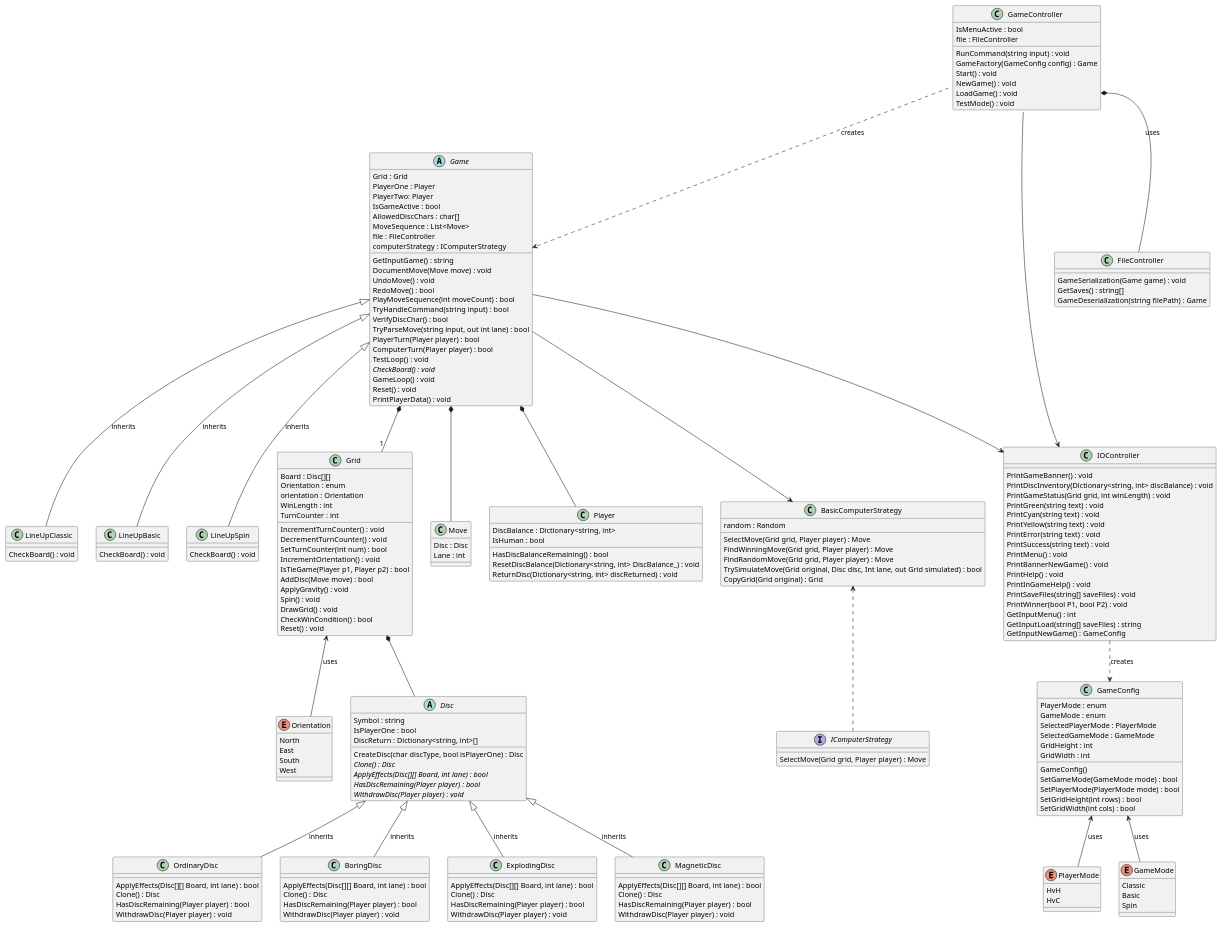
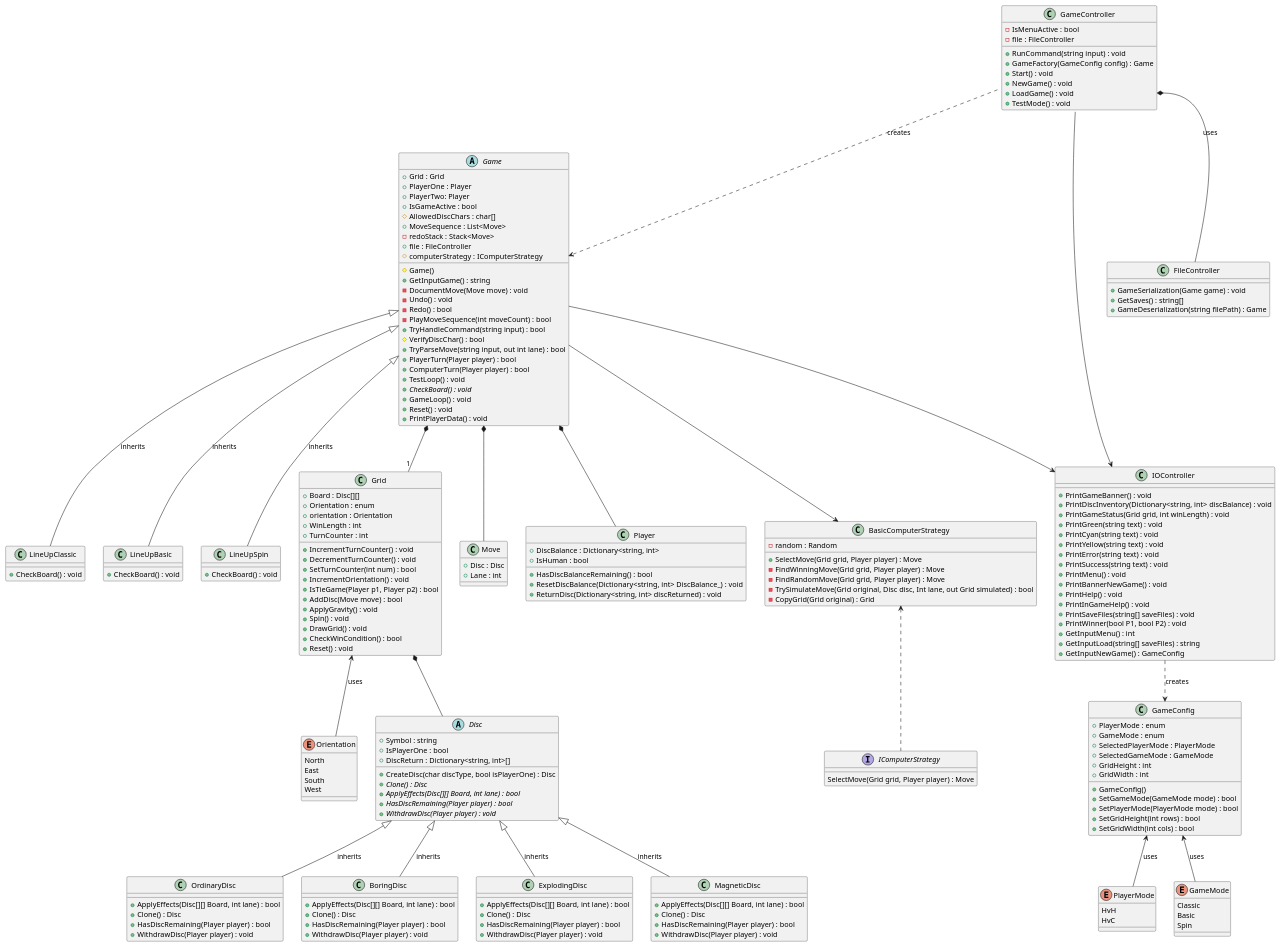
The diagram in diagrams/diagram.puml (TacNap/IFN584_A2), drawn with PlantUML before and after one commit.

Commit message:
Change visibility of class members in diagram

```diff
--- a/diagrams/diagram.puml
+++ b/diagrams/diagram.puml
@@ -6,74 +6,76 @@
 
 ''' GameController '''
 class GameController {
-    IsMenuActive : bool
-    file : FileController
-    RunCommand(string input) : void
-    GameFactory(GameConfig config) : Game
-    Start() : void
-    NewGame() : void
-    LoadGame() : void
-    TestMode() : void
+    - IsMenuActive : bool
+    - file : FileController
+    + RunCommand(string input) : void
+    + GameFactory(GameConfig config) : Game
+    + Start() : void
+    + NewGame() : void
+    + LoadGame() : void
+    + TestMode() : void
 }
 
 ''' Game '''
 abstract class Game {
-    Grid : Grid
-    PlayerOne : Player
-    PlayerTwo: Player
-    IsGameActive : bool
-    AllowedDiscChars : char[]
-    MoveSequence : List<Move>
-    file : FileController
-    computerStrategy : IComputerStrategy
-    GetInputGame() : string
-    DocumentMove(Move move) : void
-    UndoMove() : void
-    RedoMove() : bool
-    PlayMoveSequence(int moveCount) : bool
-    TryHandleCommand(string input) : bool
-    VerifyDiscChar() : bool
-    TryParseMove(string input, out int lane) : bool
-    PlayerTurn(Player player) : bool
-    ComputerTurn(Player player) : bool
-    TestLoop() : void    
-    {abstract} CheckBoard() : void
-    GameLoop() : void
-    Reset() : void
-    PrintPlayerData() : void
+    + Grid : Grid
+    + PlayerOne : Player
+    + PlayerTwo: Player
+    + IsGameActive : bool
+    # AllowedDiscChars : char[]
+    + MoveSequence : List<Move>
+    - redoStack : Stack<Move>
+    + file : FileController
+    # computerStrategy : IComputerStrategy
+    # Game()
+    + GetInputGame() : string
+    - DocumentMove(Move move) : void
+    - Undo() : void
+    - Redo() : bool
+    - PlayMoveSequence(int moveCount) : bool
+    + TryHandleCommand(string input) : bool
+    # VerifyDiscChar() : bool
+    + TryParseMove(string input, out int lane) : bool
+    + PlayerTurn(Player player) : bool
+    + ComputerTurn(Player player) : bool
+    + TestLoop() : void    
+    + {abstract} CheckBoard() : void
+    + GameLoop() : void
+    + Reset() : void
+    + PrintPlayerData() : void
 }
 
 ' Game Subclasses
 class LineUpClassic {
-    CheckBoard() : void
+    + CheckBoard() : void
 }
 
 class LineUpBasic {
-    CheckBoard() : void
+    + CheckBoard() : void
 }
 
 class LineUpSpin {
-    CheckBoard() : void
+    + CheckBoard() : void
 }
 
 ''' Grid '''
 class Grid {
-    Board : Disc[][]
-    Orientation : enum
-    orientation : Orientation
-    WinLength : int
-    TurnCounter : int
-    IncrementTurnCounter() : void
-    DecrementTurnCounter() : void
-    SetTurnCounter(int num) : bool
-    IncrementOrientation() : void
-    IsTieGame(Player p1, Player p2) : bool
-    AddDisc(Move move) : bool
-    ApplyGravity() : void
-    Spin() : void
-    DrawGrid() : void
-    CheckWinCondition() : bool
-    Reset() : void
+    + Board : Disc[][]
+    + Orientation : enum
+    + orientation : Orientation
+    + WinLength : int
+    + TurnCounter : int
+    + IncrementTurnCounter() : void
+    + DecrementTurnCounter() : void
+    + SetTurnCounter(int num) : bool
+    + IncrementOrientation() : void
+    + IsTieGame(Player p1, Player p2) : bool
+    + AddDisc(Move move) : bool
+    + ApplyGravity() : void
+    + Spin() : void
+    + DrawGrid() : void
+    + CheckWinCondition() : bool
+    + Reset() : void
 }
 
 enum Orientation {
@@ -85,56 +87,56 @@
 
 '''Disc'''
 abstract class Disc {
-    Symbol : string
-    IsPlayerOne : bool
-    DiscReturn : Dictionary<string, int>[]
-    CreateDisc(char discType, bool isPlayerOne) : Disc
-    {abstract} Clone() : Disc
-    {abstract} ApplyEffects(Disc[][] Board, int lane) : bool
-    {abstract} HasDiscRemaining(Player player) : bool
-    {abstract} WithdrawDisc(Player player) : void
+    + Symbol : string
+    + IsPlayerOne : bool
+    + DiscReturn : Dictionary<string, int>[]
+    + CreateDisc(char discType, bool isPlayerOne) : Disc
+    + {abstract} Clone() : Disc
+    + {abstract} ApplyEffects(Disc[][] Board, int lane) : bool
+    + {abstract} HasDiscRemaining(Player player) : bool
+    + {abstract} WithdrawDisc(Player player) : void
 }
 
 class OrdinaryDisc {
-    ApplyEffects(Disc[][] Board, int lane) : bool
-    Clone() : Disc
-    HasDiscRemaining(Player player) : bool
-    WithdrawDisc(Player player) : void
+    + ApplyEffects(Disc[][] Board, int lane) : bool
+    + Clone() : Disc
+    + HasDiscRemaining(Player player) : bool
+    + WithdrawDisc(Player player) : void
 }
 
 class BoringDisc {
-    ApplyEffects(Disc[][] Board, int lane) : bool
-    Clone() : Disc
-    HasDiscRemaining(Player player) : bool
-    WithdrawDisc(Player player) : void
+    + ApplyEffects(Disc[][] Board, int lane) : bool
+    + Clone() : Disc
+    + HasDiscRemaining(Player player) : bool
+    + WithdrawDisc(Player player) : void
 }
 
 class ExplodingDisc {
-    ApplyEffects(Disc[][] Board, int lane) : bool
-    Clone() : Disc
-    HasDiscRemaining(Player player) : bool
-    WithdrawDisc(Player player) : void
+    + ApplyEffects(Disc[][] Board, int lane) : bool
+    + Clone() : Disc
+    + HasDiscRemaining(Player player) : bool
+    + WithdrawDisc(Player player) : void
 }
 
 class MagneticDisc {
-    ApplyEffects(Disc[][] Board, int lane) : bool
-    Clone() : Disc
-    HasDiscRemaining(Player player) : bool
-    WithdrawDisc(Player player) : void
+    + ApplyEffects(Disc[][] Board, int lane) : bool
+    + Clone() : Disc
+    + HasDiscRemaining(Player player) : bool
+    + WithdrawDisc(Player player) : void
 }
 
 class Move {
-    Disc : Disc 
-    Lane : int
+    + Disc : Disc 
+    + Lane : int
 }
 
 ''' Player ''' 
 class Player {
-    DiscBalance : Dictionary<string, int>
-    IsHuman : bool
-    HasDiscBalanceRemaining() : bool
-    ResetDiscBalance(Dictionary<string, int> DiscBalance_) : void
-    ReturnDisc(Dictionary<string, int> discReturned) : void
+    + DiscBalance : Dictionary<string, int>
+    + IsHuman : bool
+    + HasDiscBalanceRemaining() : bool
+    + ResetDiscBalance(Dictionary<string, int> DiscBalance_) : void
+    + ReturnDisc(Dictionary<string, int> discReturned) : void
 }
 
 interface IComputerStrategy {
@@ -142,48 +144,48 @@
 }
 
 class BasicComputerStrategy {
-    random : Random
-    SelectMove(Grid grid, Player player) : Move
-    FindWinningMove(Grid grid, Player player) : Move
-    FindRandomMove(Grid grid, Player player) : Move
-    TrySimulateMove(Grid original, Disc disc, Int lane, out Grid simulated) : bool
-    CopyGrid(Grid original) : Grid
+    - random : Random
+    + SelectMove(Grid grid, Player player) : Move
+    - FindWinningMove(Grid grid, Player player) : Move
+    - FindRandomMove(Grid grid, Player player) : Move
+    - TrySimulateMove(Grid original, Disc disc, Int lane, out Grid simulated) : bool
+    - CopyGrid(Grid original) : Grid
 }
 
 ''' IOController '''
 class IOController {
-    PrintGameBanner() : void
-    PrintDiscInventory(Dictionary<string, int> discBalance) : void
-    PrintGameStatus(Grid grid, int winLength) : void
-    PrintGreen(string text) : void
-    PrintCyan(string text) : void
-    PrintYellow(string text) : void
-    PrintError(string text) : void
-    PrintSuccess(string text) : void
-    PrintMenu() : void
-    PrintBannerNewGame() : void
-    PrintHelp() : void
-    PrintInGameHelp() : void
-    PrintSaveFiles(string[] saveFiles) : void
-    PrintWinner(bool P1, bool P2) : void
-    GetInputMenu() : int
-    GetInputLoad(string[] saveFiles) : string
-    GetInputNewGame() : GameConfig
+    + PrintGameBanner() : void
+    + PrintDiscInventory(Dictionary<string, int> discBalance) : void
+    + PrintGameStatus(Grid grid, int winLength) : void
+    + PrintGreen(string text) : void
+    + PrintCyan(string text) : void
+    + PrintYellow(string text) : void
+    + PrintError(string text) : void
+    + PrintSuccess(string text) : void
+    + PrintMenu() : void
+    + PrintBannerNewGame() : void
+    + PrintHelp() : void
+    + PrintInGameHelp() : void
+    + PrintSaveFiles(string[] saveFiles) : void
+    + PrintWinner(bool P1, bool P2) : void
+    + GetInputMenu() : int
+    + GetInputLoad(string[] saveFiles) : string
+    + GetInputNewGame() : GameConfig
 }
 
 ''' GameConfig '''
 class GameConfig {
-    PlayerMode : enum
-    GameMode : enum
-    SelectedPlayerMode : PlayerMode
-    SelectedGameMode : GameMode
-    GridHeight : int
-    GridWidth : int
-    GameConfig()
-    SetGameMode(GameMode mode) : bool
-    SetPlayerMode(PlayerMode mode) : bool
-    SetGridHeight(int rows) : bool
-    SetGridWidth(int cols) : bool
+    + PlayerMode : enum
+    + GameMode : enum
+    + SelectedPlayerMode : PlayerMode
+    + SelectedGameMode : GameMode
+    + GridHeight : int
+    + GridWidth : int
+    + GameConfig()
+    + SetGameMode(GameMode mode) : bool
+    + SetPlayerMode(PlayerMode mode) : bool
+    + SetGridHeight(int rows) : bool
+    + SetGridWidth(int cols) : bool
 }
 
 enum PlayerMode {
@@ -199,9 +201,9 @@
 
 ''' FileController '''
 class FileController {
-    GameSerialization(Game game) : void
-    GetSaves() : string[]
-    GameDeserialization(string filePath) : Game
+    + GameSerialization(Game game) : void
+    + GetSaves() : string[]
+    + GameDeserialization(string filePath) : Game
 }
 
 ' Relationships
```
